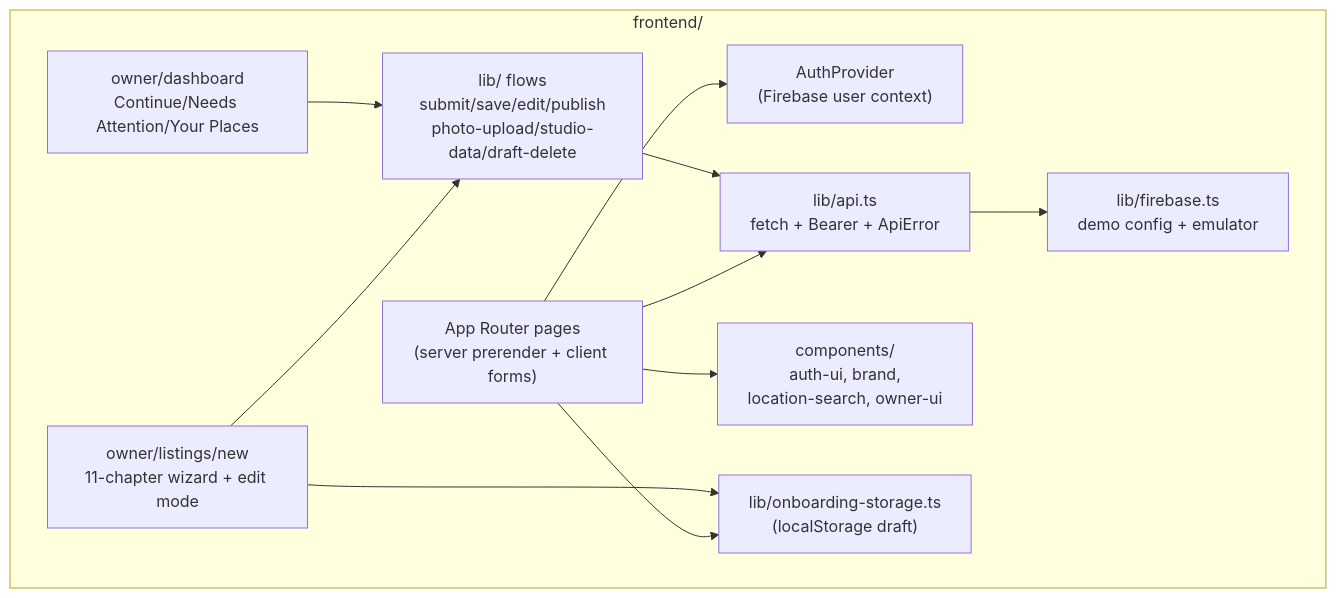
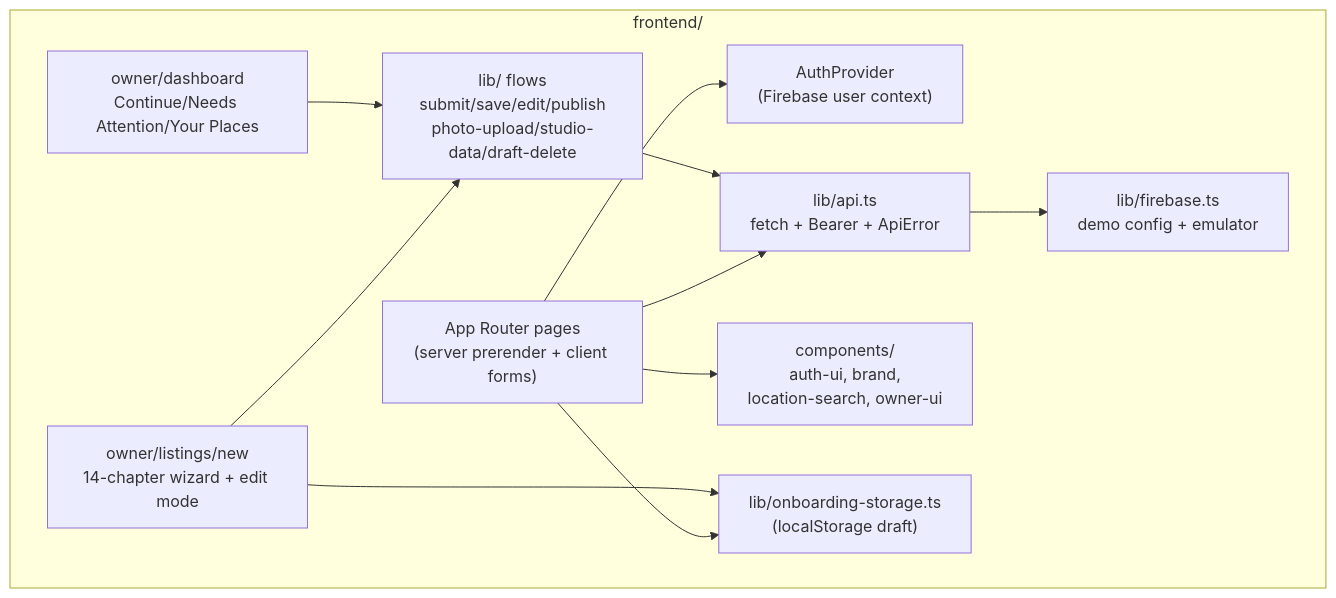
One commit to Trinayan29/Apun-Ghar changed diagram 13 of 15 in docs/SYSTEM_DESIGN.md. Above: the diagram before and after it, drawn with Mermaid. The commit also changed other lines of this file and 21 other files, not shown here.

Commit message:
docs: correct architecture references and extract ADRs

````diff
--- a/docs/SYSTEM_DESIGN.md
+++ b/docs/SYSTEM_DESIGN.md
@@ -684,19 +693,19 @@
 ```mermaid
 flowchart TB
     subgraph FE["frontend/"]
         PAGES["App Router pages<br/>(server prerender + client forms)"]
         AUTH["AuthProvider<br/>(Firebase user context)"]
         API["lib/api.ts<br/>fetch + Bearer + ApiError"]
         FB["lib/firebase.ts<br/>demo config + emulator"]
         COMP["components/<br/>auth-ui, brand,<br/>location-search, owner-ui"]
         STORE["lib/onboarding-storage.ts<br/>(localStorage draft)"]
-        WIZ["owner/listings/new<br/>11-chapter wizard + edit mode"]
+        WIZ["owner/listings/new<br/>14-chapter wizard + edit mode"]
         STUDIO["owner/dashboard<br/>Continue/Needs Attention/Your Places"]
         FLOWS["lib/ flows<br/>submit/save/edit/publish<br/>photo-upload/studio-data/draft-delete"]
     end
     PAGES --> AUTH & API & COMP & STORE
     API --> FB
     WIZ --> FLOWS & STORE
     STUDIO --> FLOWS
     FLOWS --> API
 ```
````
